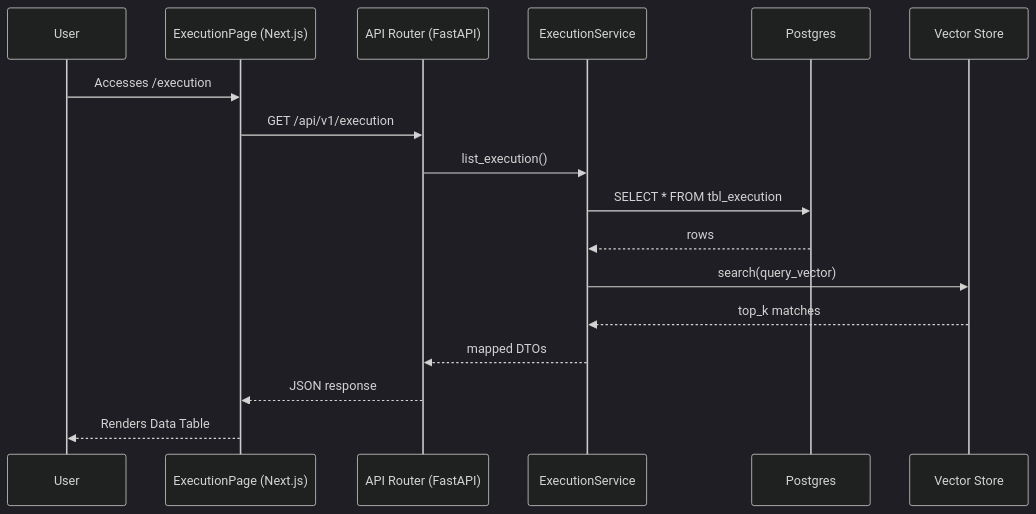
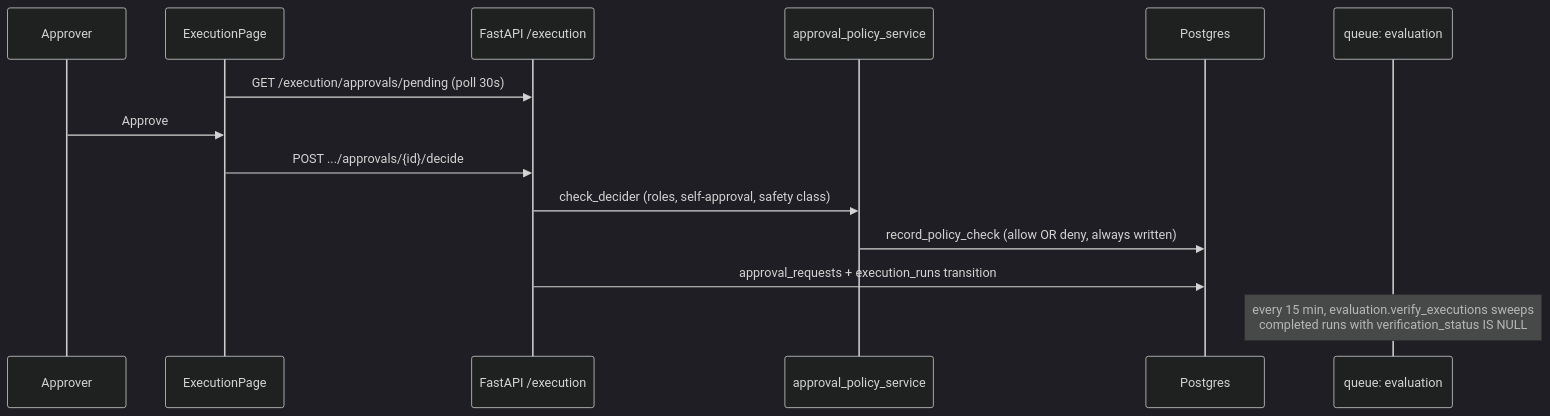
Before and after one commit to Valuedx/ContextEdge: diagram 12 of 26 in docs/11_UI_Tabs_Explanation.md, drawn with Mermaid (dark theme). The commit also changed other lines of this file and 48 other files, not shown here.

````diff
--- a/docs/11_UI_Tabs_Explanation.md
+++ b/docs/11_UI_Tabs_Explanation.md
@@ -1011,20 +1206,17 @@
 ```mermaid
 sequenceDiagram
-    participant User
-    participant Frontend as ExecutionPage (Next.js)
-    participant API as API Router (FastAPI)
-    participant Service as ExecutionService
+    participant Approver
+    participant Page as ExecutionPage
+    participant API as FastAPI /execution
+    participant Pol as approval_policy_service
     participant DB as Postgres
-    participant Vector as Vector Store
-    
-    User->>Frontend: Accesses /execution
-    Frontend->>API: GET /api/v1/execution
-    API->>Service: list_execution()
-    Service->>DB: SELECT * FROM tbl_execution
-    DB-->>Service: rows
-    Service->>Vector: search(query_vector)
-    Vector-->>Service: top_k matches
-    Service-->>API: mapped DTOs
-    API-->>Frontend: JSON response
-    Frontend-->>User: Renders Data Table
+    participant EvalQ as queue: evaluation
+
+    Page->>API: GET /execution/approvals/pending (poll 30s)
+    Approver->>Page: Approve
+    Page->>API: POST .../approvals/{id}/decide
+    API->>Pol: check_decider (roles, self-approval, safety class)
+    Pol->>DB: record_policy_check (allow OR deny, always written)
+    API->>DB: approval_requests + execution_runs transition
+    Note over EvalQ: every 15 min, evaluation.verify_executions sweeps<br/>completed runs with verification_status IS NULL
 ```
````
